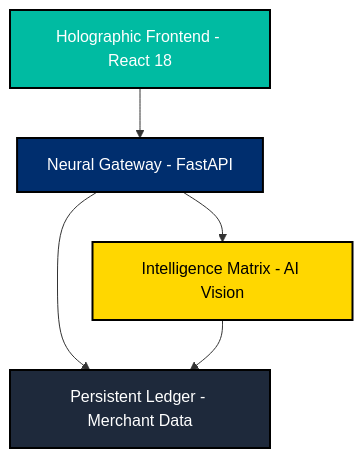
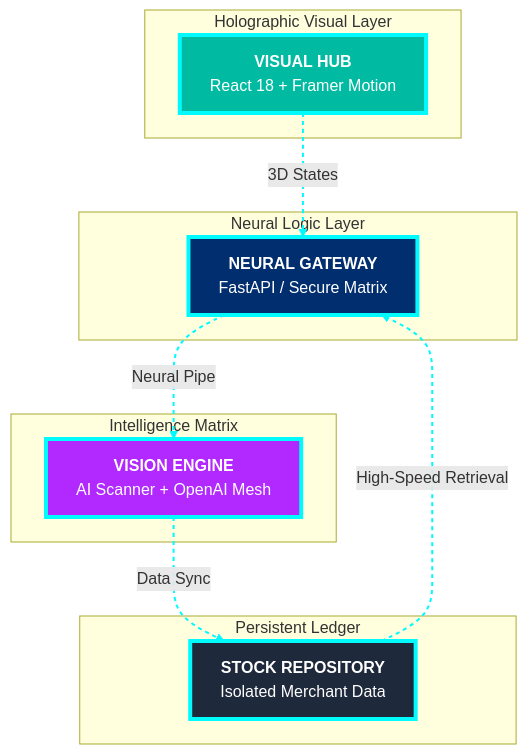
The diagram in README.md (kartikeya2006jay/AI-Businesses), drawn with Mermaid before and after one commit. The commit also changed other lines of this file and 1 other file, not shown here.

````diff
--- a/README.md
+++ b/README.md
@@ -65,11 +43,29 @@
 ```mermaid
 graph TD
-    UI[Holographic Frontend - React 18] --> NG[Neural Gateway - FastAPI]
-    NG --> IM[Intelligence Matrix - AI Vision]
-    NG --> PL[Persistent Ledger - Merchant Data]
-    IM --> PL
-    style UI fill:#00BBA2,stroke:#000,stroke-width:2px,color:#fff
-    style NG fill:#002E6E,stroke:#000,stroke-width:2px,color:#fff
-    style IM fill:#FFD700,stroke:#000,stroke-width:2px,color:#000
-    style PL fill:#1e293b,stroke:#000,stroke-width:2px,color:#fff
+    subgraph "Holographic Visual Layer"
+    UI[<b>VISUAL HUB</b><br/>React 18 + Framer Motion]
+    end
+
+    subgraph "Neural Logic Layer"
+    NG[<b>NEURAL GATEWAY</b><br/>FastAPI / Secure Matrix]
+    end
+
+    subgraph "Intelligence Matrix"
+    IM[<b>VISION ENGINE</b><br/>AI Scanner + OpenAI Mesh]
+    end
+
+    subgraph "Persistent Ledger"
+    PL[<b>STOCK REPOSITORY</b><br/>Isolated Merchant Data]
+    end
+
+    UI -- 3D States --> NG
+    NG -- Neural Pipe --> IM
+    IM -- Data Sync --> PL
+    PL -- High-Speed Retrieval --> NG
+    
+    linkStyle default stroke:#00fbff,stroke-width:2px,stroke-dasharray: 4 4;
+    style UI fill:#00BBA2,stroke:#00FBFF,stroke-width:4px,color:#fff
+    style NG fill:#002E6E,stroke:#00FBFF,stroke-width:4px,color:#fff
+    style IM fill:#B129FF,stroke:#00FBFF,stroke-width:4px,color:#fff
+    style PL fill:#1e293b,stroke:#00FBFF,stroke-width:4px,color:#fff
 ```
````
